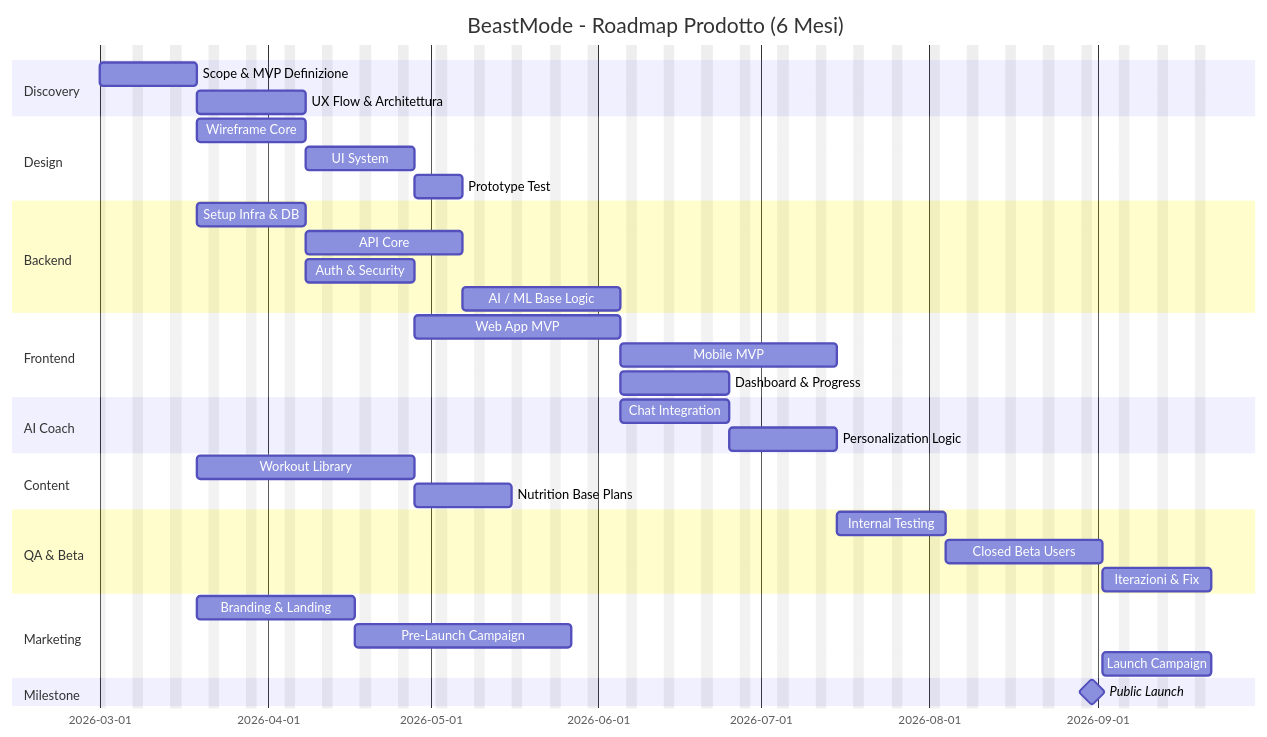
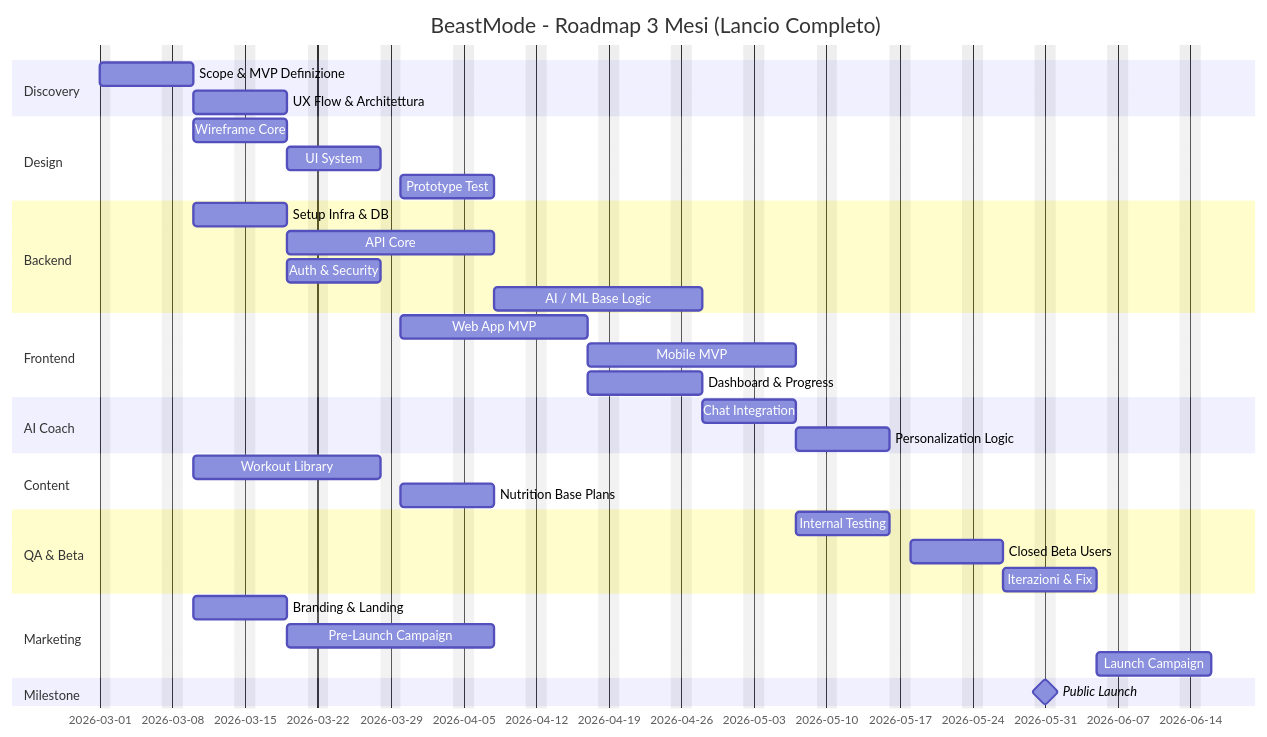
The second of 2 diagrams in README.md (alxkndr/GEP), drawn with Mermaid before and after one commit.

````diff
--- a/README.md
+++ b/README.md
@@ -403,47 +403,47 @@
 ```mermaid
 gantt
-    title BeastMode - Roadmap Prodotto (6 Mesi)
+    title BeastMode - Roadmap 3 Mesi (Lancio Completo)
     dateFormat  YYYY-MM-DD
     excludes    weekends
 
     section Discovery
-    Scope & MVP Definizione     :a1, 2026-03-01, 2w
-    UX Flow & Architettura      :a2, after a1, 2w
+    Scope & MVP Definizione     :a1, 2026-03-01, 1w
+    UX Flow & Architettura      :a2, after a1, 1w
 
     section Design
-    Wireframe Core              :b1, after a1, 2w
-    UI System                   :b2, after b1, 2w
+    Wireframe Core              :b1, after a1, 1w
+    UI System                   :b2, after b1, 1w
     Prototype Test              :b3, after b2, 1w
 
     section Backend
-    Setup Infra & DB            :c1, after a1, 2w
-    API Core                    :c2, after c1, 3w
-    Auth & Security             :c3, after c1, 2w
-    AI / ML Base Logic          :c4, after c2, 3w
+    Setup Infra & DB            :c1, after a1, 1w
+    API Core                    :c2, after c1, 2w
+    Auth & Security             :c3, after c1, 1w
+    AI / ML Base Logic          :c4, after c2, 2w
 
     section Frontend
-    Web App MVP                 :d1, after b2, 4w
-    Mobile MVP                  :d2, after d1, 4w
-    Dashboard & Progress        :d3, after d1, 2w
+    Web App MVP                 :d1, after b2, 2w
+    Mobile MVP                  :d2, after d1, 2w
+    Dashboard & Progress        :d3, after d1, 1w
 
     section AI Coach
-    Chat Integration            :e1, after c4, 2w
-    Personalization Logic       :e2, after e1, 2w
+    Chat Integration            :e1, after c4, 1w
+    Personalization Logic       :e2, after e1, 1w
 
     section Content
-    Workout Library             :f1, after a1, 4w
-    Nutrition Base Plans        :f2, after f1, 2w
+    Workout Library             :f1, after a1, 2w
+    Nutrition Base Plans        :f2, after f1, 1w
 
     section QA & Beta
-    Internal Testing            :g1, after d2, 2w
-    Closed Beta Users           :g2, after g1, 3w
-    Iterazioni & Fix            :g3, after g2, 2w
+    Internal Testing            :g1, after d2, 1w
+    Closed Beta Users           :g2, after g1, 1w
+    Iterazioni & Fix            :g3, after g2, 1w
 
     section Marketing
-    Branding & Landing          :h1, after a1, 3w
-    Pre-Launch Campaign         :h2, after h1, 4w
-    Launch Campaign             :h3, after g2, 2w
+    Branding & Landing          :h1, after a1, 1w
+    Pre-Launch Campaign         :h2, after h1, 2w
+    Launch Campaign             :h3, after g3, 1w
 
     section Milestone
-    Public Launch               :milestone, m1, 2026-08-31, 0d
+    Public Launch               :milestone, m1, 2026-05-31, 0d
 ```
````
